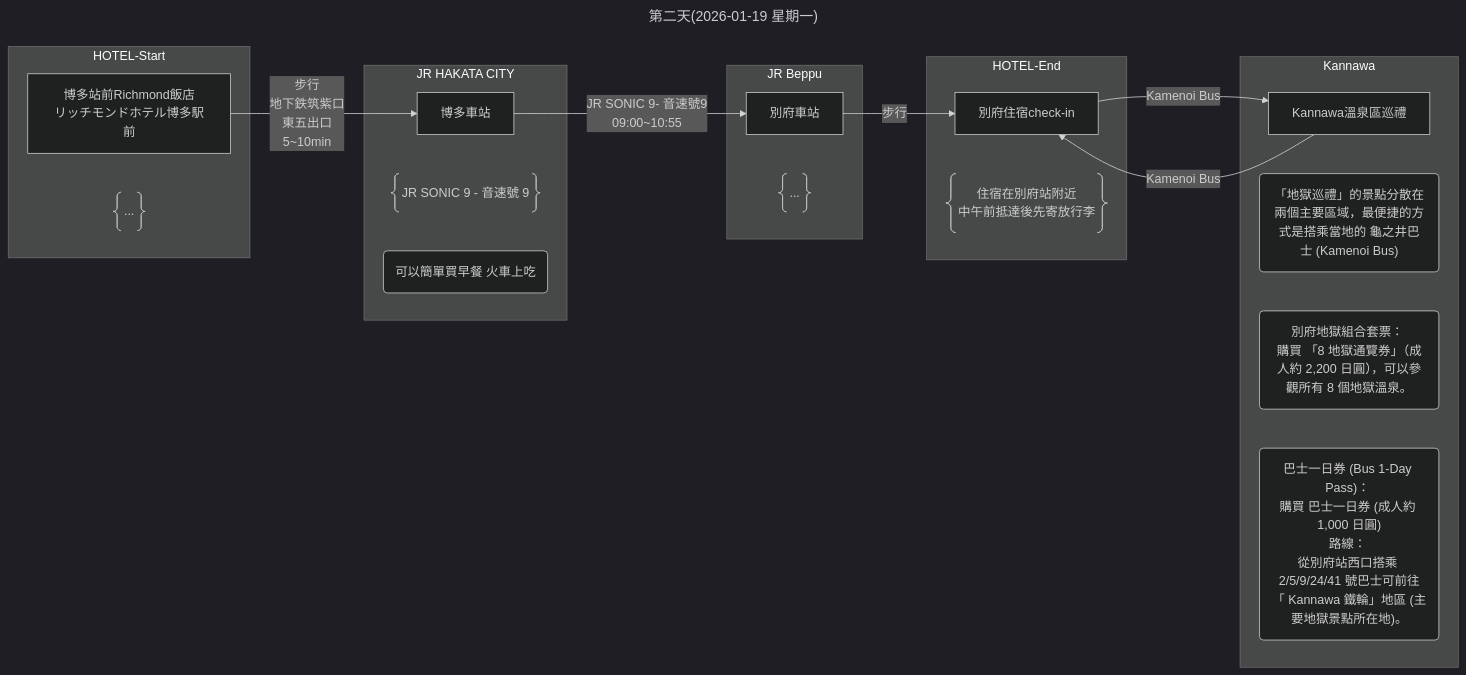
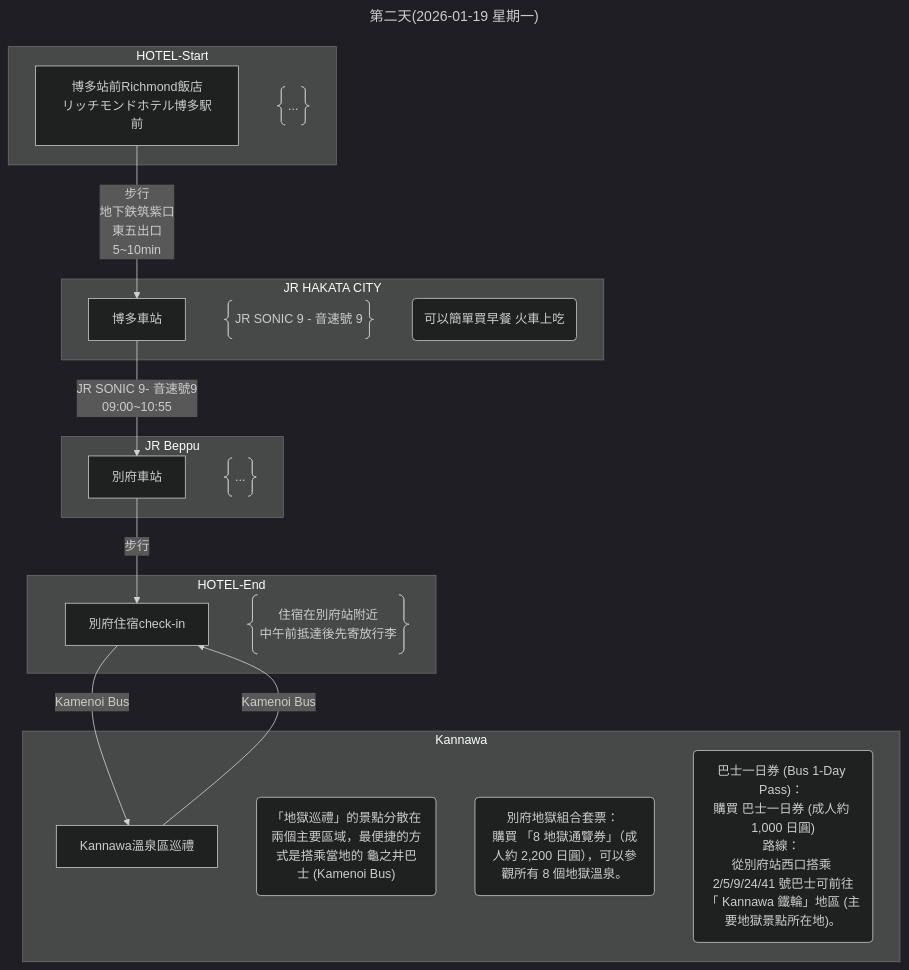
Before and after one commit to Shuming-Yang/2026-January-Trip: the second of 2 diagrams in 行程規劃.md, drawn with Mermaid (dark theme).

````diff
--- a/行程規劃.md
+++ b/行程規劃.md
@@ -74,34 +74,34 @@
 ```mermaid
 ---
 title: 第二天(2026-01-19 星期一)
 ---
-flowchart LR
+flowchart
     subgraph HOTEL-Start
         A[博多站前Richmond飯店<br>リッチモンドホテル博多駅前]
         A1@{ shape: braces, label: "..." }
     end
     subgraph JR HAKATA CITY
         B[博多車站]
         B1@{ shape: braces, label: "JR SONIC 9 - 音速號 9" }
         B2@{ shape: rounded, label: "可以簡單買早餐 火車上吃"}
     end
     subgraph JR Beppu
         C[別府車站]
         C1@{ shape: braces, label: "..." }
     end
     subgraph HOTEL-End
         D[別府住宿check-in]
         D1@{ shape: braces, label: "住宿在別府站附近<br>中午前抵達後先寄放行李" }
     end
     subgraph Kannawa
         E[Kannawa溫泉區巡禮]
         E1@{ shape: rounded, label: "「地獄巡禮」的景點分散在兩個主要區域，最便捷的方式是搭乘當地的 龜之井巴士 (Kamenoi Bus)"}
         E2@{ shape: rounded, label: "別府地獄組合套票： <br>購買 「8 地獄通覽券」（成人約 2,200 日圓），可以參觀所有 8 個地獄溫泉。"}
         E3@{ shape: rounded, label: "巴士一日券 (Bus 1-Day Pass)： <br>購買 巴士一日券 (成人約 1,000 日圓)<br>路線： <br>從別府站西口搭乘 2/5/9/24/41 號巴士可前往「 Kannawa 鐵輪」地區 (主要地獄景點所在地)。"}
     end
     A --> |步行<br>地下鉄筑紫口<br>東五出口<br>5~10min| B
     B --> |JR SONIC 9- 音速號9<br>09:00~10:55| C
     C --> |步行| D
     D --> |Kamenoi Bus| E
     E --> |Kamenoi Bus| D
 ```
````
